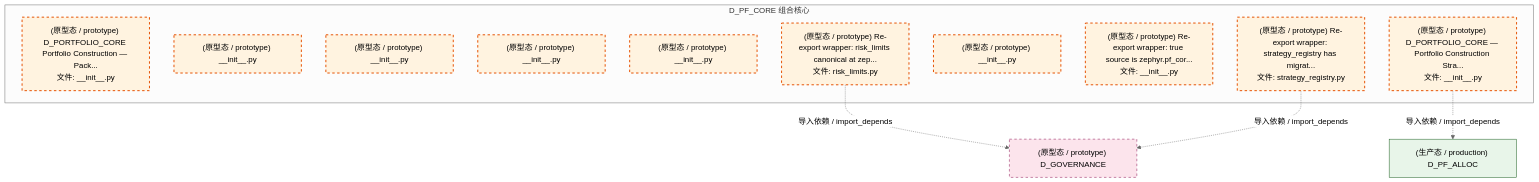
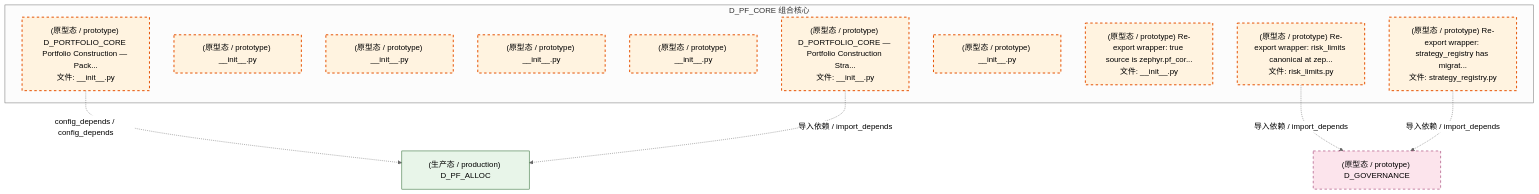
The third of 4 diagrams in docs/02_enterprise_architecture/02_domain_architecture_docs/50_d_pf_core.md (xuanFelixVan/ZephyrAlpha), drawn with Mermaid (neutral theme) before and after one commit. The commit also changed other lines of this file and 122 other files, not shown here.

````diff
--- a/docs/02_enterprise_architecture/02_domain_architecture_docs/50_d_pf_core.md
+++ b/docs/02_enterprise_architecture/02_domain_architecture_docs/50_d_pf_core.md
@@ -145,27 +145,28 @@
 ```mermaid
 graph TD
     subgraph D_PF_CORE["D_PF_CORE 组合核心"]
         src_zephyr_pf_core_init_py["(原型态 / prototype) D_PORTFOLIO_CORE Portfolio Construction — Pack...<br/>文件: __init__.py"]
         src_zephyr_pf_core_extensions_init_py["(原型态 / prototype) __init__.py"]
         src_zephyr_pf_core_api_init_py["(原型态 / prototype) __init__.py"]
         src_zephyr_pf_core_core_init_py["(原型态 / prototype) __init__.py"]
         src_zephyr_pf_core_infrastructure_init_py["(原型态 / prototype) __init__.py"]
         src_zephyr_pf_core_risk_limits_py["(原型态 / prototype) Re-export wrapper: risk_limits canonical at zep...<br/>文件: risk_limits.py"]
         src_zephyr_pf_core_services_init_py["(原型态 / prototype) __init__.py"]
         src_zephyr_pf_core_strategies_init_py["(原型态 / prototype) Re-export wrapper: true source is zephyr.pf_cor...<br/>文件: __init__.py"]
         src_zephyr_pf_core_strategy_engine_init_py["(原型态 / prototype) D_PORTFOLIO_CORE — Portfolio Construction Stra...<br/>文件: __init__.py"]
         src_zephyr_pf_core_strategy_registry_py["(原型态 / prototype) Re-export wrapper: strategy_registry has migrat...<br/>文件: strategy_registry.py"]
     end
     D_GOVERNANCE["(原型态 / prototype) D_GOVERNANCE"]
     src_zephyr_pf_core_risk_limits_py -.->|导入依赖 / import_depends| D_GOVERNANCE
+    D_PF_ALLOC["(生产态 / production) D_PF_ALLOC"]
+    src_zephyr_pf_core_init_py -.->|config_depends / config_depends| D_PF_ALLOC
     src_zephyr_pf_core_strategy_registry_py -.->|导入依赖 / import_depends| D_GOVERNANCE
-    D_PF_ALLOC["(生产态 / production) D_PF_ALLOC"]
     src_zephyr_pf_core_strategy_engine_init_py -.->|导入依赖 / import_depends| D_PF_ALLOC
     classDef production fill:#e1f5fe,stroke:#01579b,stroke-width:2px,color:#000
     classDef design fill:#fff3e0,stroke:#e65100,stroke-width:2px,color:#000,stroke-dasharray: 5 5
     classDef external_prod fill:#e8f5e9,stroke:#1b5e20,stroke-width:1px,color:#000
     classDef external_design fill:#fce4ec,stroke:#880e4f,stroke-width:1px,color:#000,stroke-dasharray: 5 5
     class src_zephyr_pf_core_init_py,src_zephyr_pf_core_extensions_init_py,src_zephyr_pf_core_api_init_py,src_zephyr_pf_core_core_init_py,src_zephyr_pf_core_infrastructure_init_py,src_zephyr_pf_core_risk_limits_py,src_zephyr_pf_core_services_init_py,src_zephyr_pf_core_strategies_init_py,src_zephyr_pf_core_strategy_engine_init_py,src_zephyr_pf_core_strategy_registry_py design
     class D_PF_ALLOC external_prod
     class D_GOVERNANCE external_design
 ```
````
